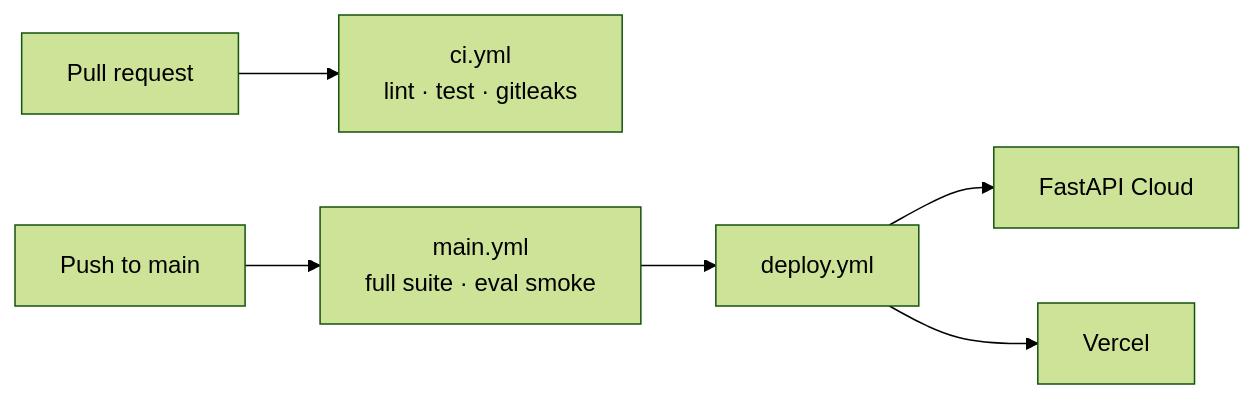
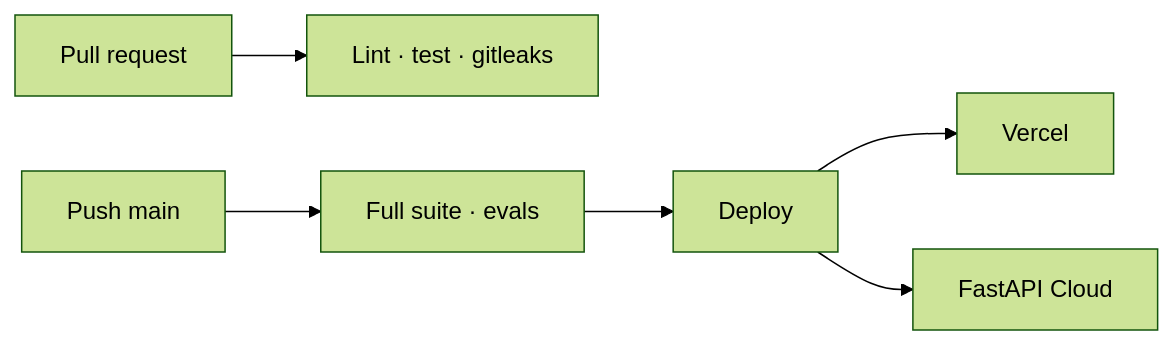
One commit to nikhilmaguwala/enterprise-ai-agent changed the seventh of 9 diagrams in README.md. Above: the diagram before and after it, drawn with Mermaid (forest theme). The commit also changed other lines of this file, not shown here.

````diff
--- a/README.md
+++ b/README.md
@@ -289,8 +287,8 @@
 ```mermaid
 flowchart LR
-  PR[Pull request] --> CI[ci.yml<br/>lint · test · gitleaks]
-  Main[Push to main] --> Tests[main.yml<br/>full suite · eval smoke]
-  Tests --> Deploy[deploy.yml]
-  Deploy --> API[FastAPI Cloud]
-  Deploy --> Web[Vercel]
+  PR[Pull request] --> CI[Lint · test · gitleaks]
+  Main[Push main] --> T[Full suite · evals]
+  T --> D[Deploy]
+  D --> V[Vercel]
+  D --> F[FastAPI Cloud]
 ```
````
